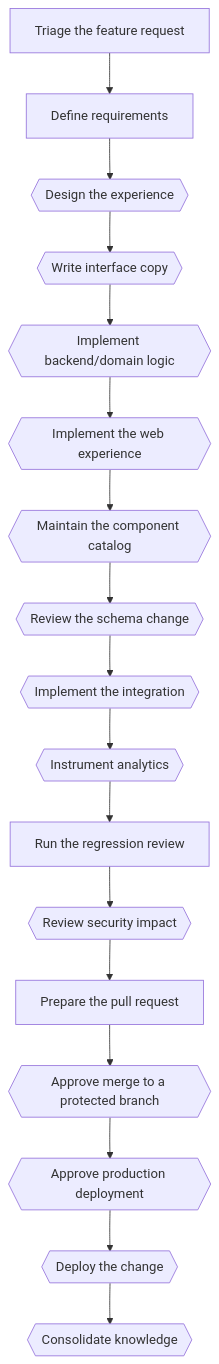
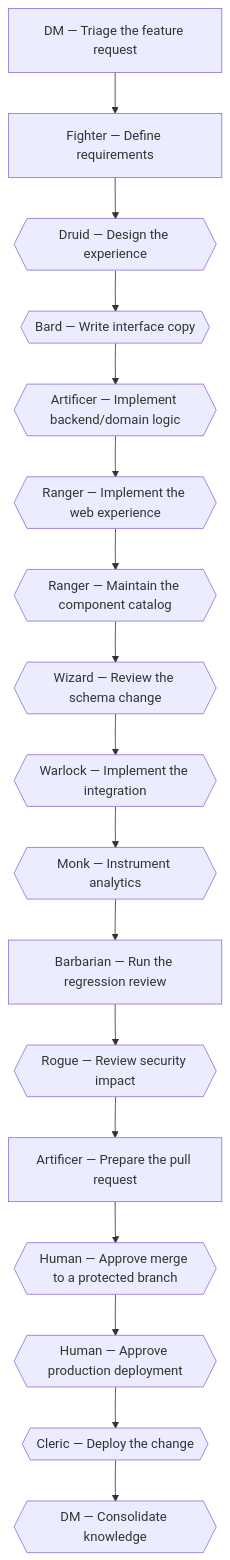
Before and after one commit to xavitoro/guild: the diagram in .guild/core/workflows/add-feature/workflow.md, drawn with Mermaid. The commit also changed other lines of this file and 129 other files, not shown here.

````diff
--- a/.guild/core/workflows/add-feature/workflow.md
+++ b/.guild/core/workflows/add-feature/workflow.md
@@ -17,36 +17,36 @@
 ```mermaid
 flowchart TD
-    add-feature-01-triage["Triage the feature request"]
-    add-feature-02-define-requirements["Define requirements"]
-    add-feature-03-design-experience{{"Design the experience"}}
-    add-feature-04-write-copy{{"Write interface copy"}}
-    add-feature-05-implement-backend{{"Implement backend/domain logic"}}
-    add-feature-06-implement-frontend{{"Implement the web experience"}}
-    add-feature-07-maintain-component-catalog{{"Maintain the component catalog"}}
-    add-feature-08-review-schema{{"Review the schema change"}}
-    add-feature-09-implement-integration{{"Implement the integration"}}
-    add-feature-10-instrument-analytics{{"Instrument analytics"}}
-    add-feature-11-regression-review["Run the regression review"]
-    add-feature-12-threat-model{{"Review security impact"}}
-    add-feature-13-prepare-pull-request["Prepare the pull request"]
-    add-feature-14-human-approval-merge{{"Approve merge to a protected branch"}}
-    add-feature-15-human-approval-deploy{{"Approve production deployment"}}
-    add-feature-16-deploy{{"Deploy the change"}}
-    add-feature-17-consolidate-knowledge{{"Consolidate knowledge"}}
+    add-feature-01-triage["DM — Triage the feature request"]
+    add-feature-02-define-requirements["Fighter — Define requirements"]
+    add-feature-03-design-experience{{"Druid — Design the experience"}}
+    add-feature-04-write-copy{{"Bard — Write interface copy"}}
+    add-feature-05-implement-backend{{"Artificer — Implement backend/domain logic"}}
+    add-feature-06-implement-frontend{{"Ranger — Implement the web experience"}}
+    add-feature-07-maintain-component-catalog{{"Ranger — Maintain the component catalog"}}
+    add-feature-08-review-schema{{"Wizard — Review the schema change"}}
+    add-feature-09-implement-integration{{"Warlock — Implement the integration"}}
+    add-feature-10-instrument-analytics{{"Monk — Instrument analytics"}}
+    add-feature-11-regression-review["Barbarian — Run the regression review"]
+    add-feature-12-threat-model{{"Rogue — Review security impact"}}
+    add-feature-13-prepare-pull-request["Artificer — Prepare the pull request"]
+    add-feature-14-human-approval-merge{{"Human — Approve merge to a protected branch"}}
+    add-feature-15-human-approval-deploy{{"Human — Approve production deployment"}}
+    add-feature-16-deploy{{"Cleric — Deploy the change"}}
+    add-feature-17-consolidate-knowledge{{"DM — Consolidate knowledge"}}
     add-feature-01-triage --> add-feature-02-define-requirements
     add-feature-02-define-requirements --> add-feature-03-design-experience
     add-feature-03-design-experience --> add-feature-04-write-copy
     add-feature-04-write-copy --> add-feature-05-implement-backend
     add-feature-05-implement-backend --> add-feature-06-implement-frontend
     add-feature-06-implement-frontend --> add-feature-07-maintain-component-catalog
     add-feature-07-maintain-component-catalog --> add-feature-08-review-schema
     add-feature-08-review-schema --> add-feature-09-implement-integration
     add-feature-09-implement-integration --> add-feature-10-instrument-analytics
     add-feature-10-instrument-analytics --> add-feature-11-regression-review
     add-feature-11-regression-review --> add-feature-12-threat-model
     add-feature-12-threat-model --> add-feature-13-prepare-pull-request
     add-feature-13-prepare-pull-request --> add-feature-14-human-approval-merge
     add-feature-14-human-approval-merge --> add-feature-15-human-approval-deploy
     add-feature-15-human-approval-deploy --> add-feature-16-deploy
     add-feature-16-deploy --> add-feature-17-consolidate-knowledge
 ```
````
